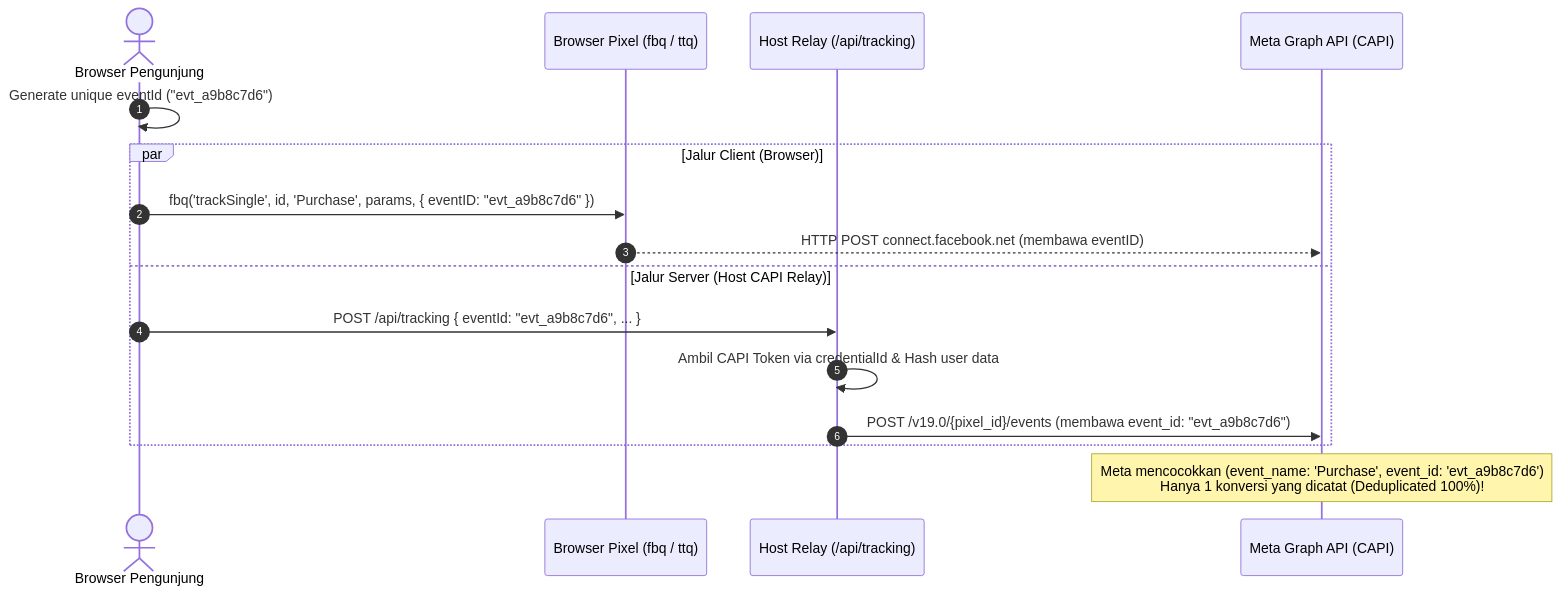
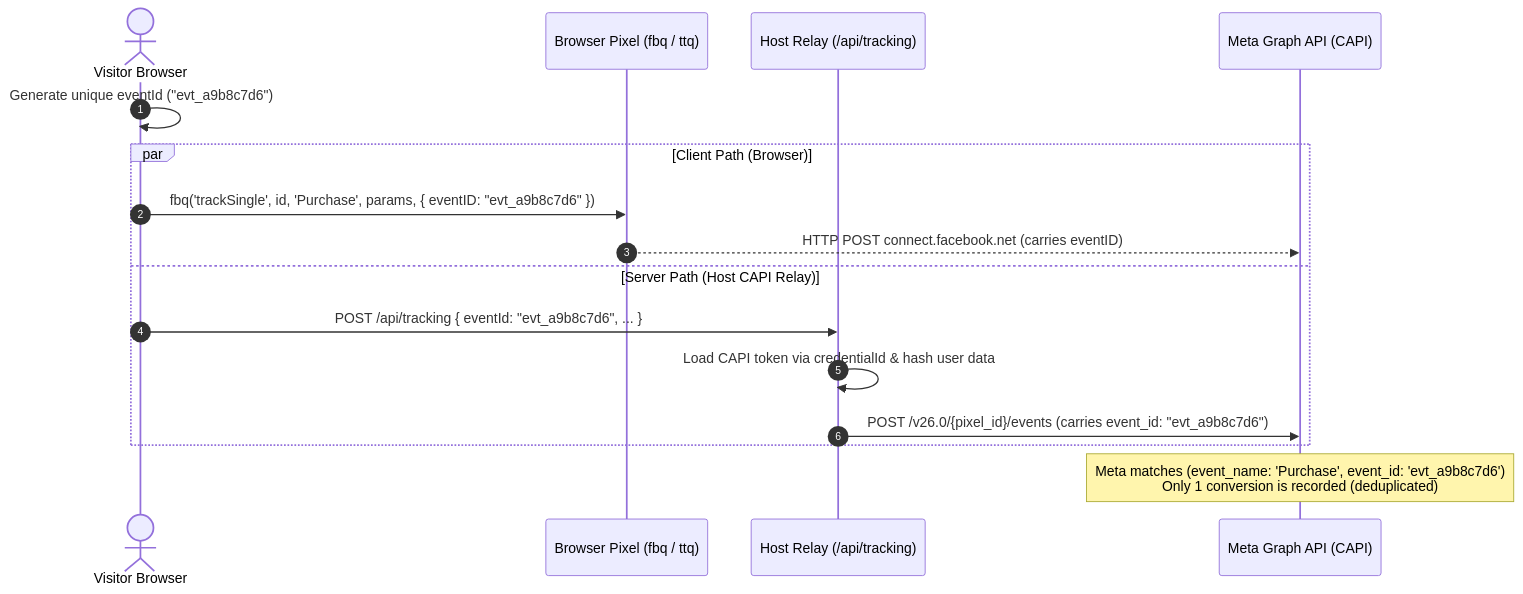
One commit to kustora/kubuild changed the third of 3 diagrams in apps/docs/content/docs/guides/tracking-pixels.mdx. Above: the diagram before and after it, drawn with Mermaid. The commit also changed other lines of this file and 43 other files, not shown here.

````diff
--- a/apps/docs/content/docs/guides/tracking-pixels.mdx
+++ b/apps/docs/content/docs/guides/tracking-pixels.mdx
@@ -772,21 +772,21 @@
 ```mermaid
 sequenceDiagram
     autonumber
-    actor Visitor as Browser Pengunjung
+    actor Visitor as Visitor Browser
     participant ClientPixel as Browser Pixel (fbq / ttq)
     participant Relay as Host Relay (/api/tracking)
     participant MetaServer as Meta Graph API (CAPI)
 
     Visitor->>Visitor: Generate unique eventId ("evt_a9b8c7d6")
     
-    par Jalur Client (Browser)
+    par Client Path (Browser)
         Visitor->>ClientPixel: fbq('trackSingle', id, 'Purchase', params, { eventID: "evt_a9b8c7d6" })
-        ClientPixel-->>MetaServer: HTTP POST connect.facebook.net (membawa eventID)
-    and Jalur Server (Host CAPI Relay)
+        ClientPixel-->>MetaServer: HTTP POST connect.facebook.net (carries eventID)
+    and Server Path (Host CAPI Relay)
         Visitor->>Relay: POST /api/tracking { eventId: "evt_a9b8c7d6", ... }
-        Relay->>Relay: Ambil CAPI Token via credentialId & Hash user data
-        Relay->>MetaServer: POST /v19.0/{pixel_id}/events (membawa event_id: "evt_a9b8c7d6")
+        Relay->>Relay: Load CAPI token via credentialId & hash user data
+        Relay->>MetaServer: POST /v26.0/{pixel_id}/events (carries event_id: "evt_a9b8c7d6")
     end
 
-    Note over MetaServer: Meta mencocokkan (event_name: 'Purchase', event_id: 'evt_a9b8c7d6')<br/>Hanya 1 konversi yang dicatat (Deduplicated 100%)!
+    Note over MetaServer: Meta matches (event_name: 'Purchase', event_id: 'evt_a9b8c7d6')<br/>Only 1 conversion is recorded (deduplicated)
 ```
````
